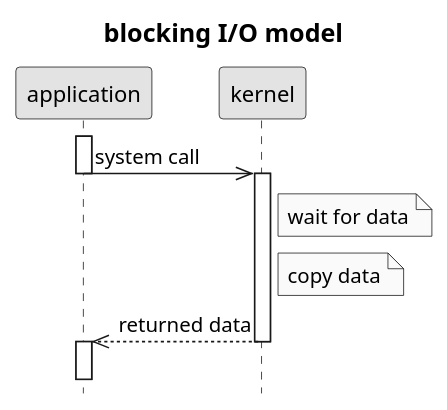
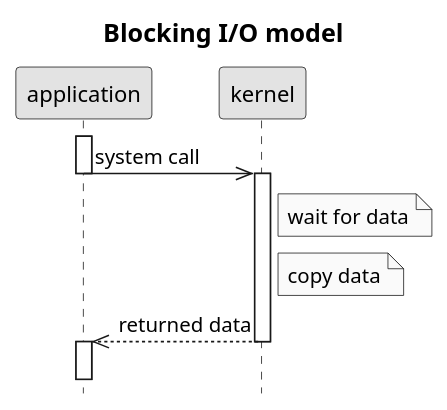
One commit to c0p4c4b4n4/demo-sockets-io-nio-nio2 changed the diagram in .images/blocking IO model.puml. Above: the diagram before and after it, drawn with PlantUML. The commit also changed 3 other files, not shown here.

```diff
--- a/.images/blocking IO model.puml
+++ b/.images/blocking IO model.puml
@@ -1,16 +1,16 @@
 @startuml
-title blocking I/O model
+title Blocking I/O model
 hide footbox
 skinparam monochrome true
 skinparam titleFontSize 16
 activate application
 application->>kernel: system call
 deactivate application
 activate kernel
 Note right of kernel: wait for data
 Note right of kernel: copy data
 kernel-->>application: returned data
 deactivate kernel
 activate application
 ||15||
 @enduml
```
